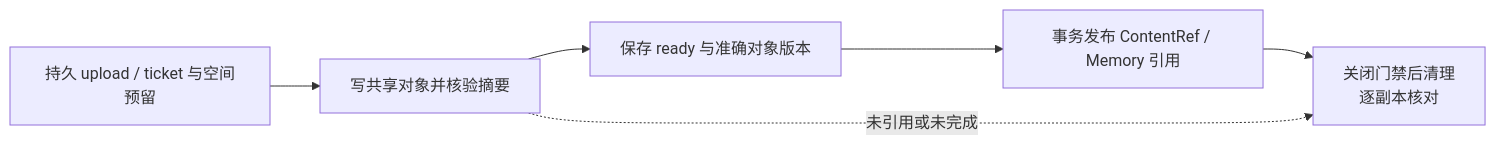
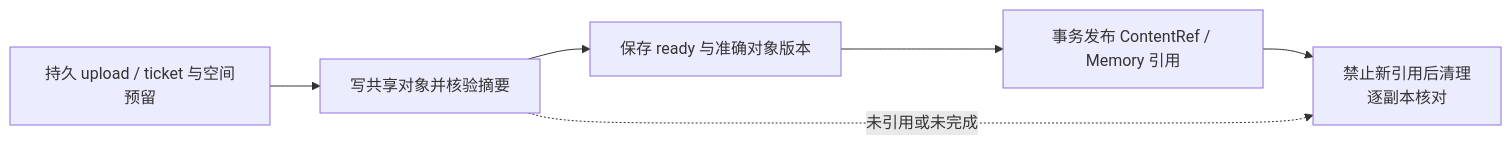
One commit to ruipengliu/lerna changed the fourth of 4 diagrams in docs/architecture/storage-and-middleware.md. Above: the diagram before and after it, drawn with Mermaid. The commit also changed other lines of this file and 205 other files, not shown here.

Commit message:
docs: unify architecture terminology

````diff
--- a/docs/architecture/storage-and-middleware.md
+++ b/docs/architecture/storage-and-middleware.md
@@ -105,8 +105,8 @@
 ```mermaid
 flowchart LR
     U[持久 upload / ticket 与空间预留] --> B[写共享对象并核验摘要]
     B --> R[保存 ready 与准确对象版本]
     R --> C[事务发布 ContentRef / Memory 引用]
-    C --> G[关闭门禁后清理<br/>逐副本核对]
+    C --> G[禁止新引用后清理<br/>逐副本核对]
     B -.未引用或未完成.-> G
 ```
````
